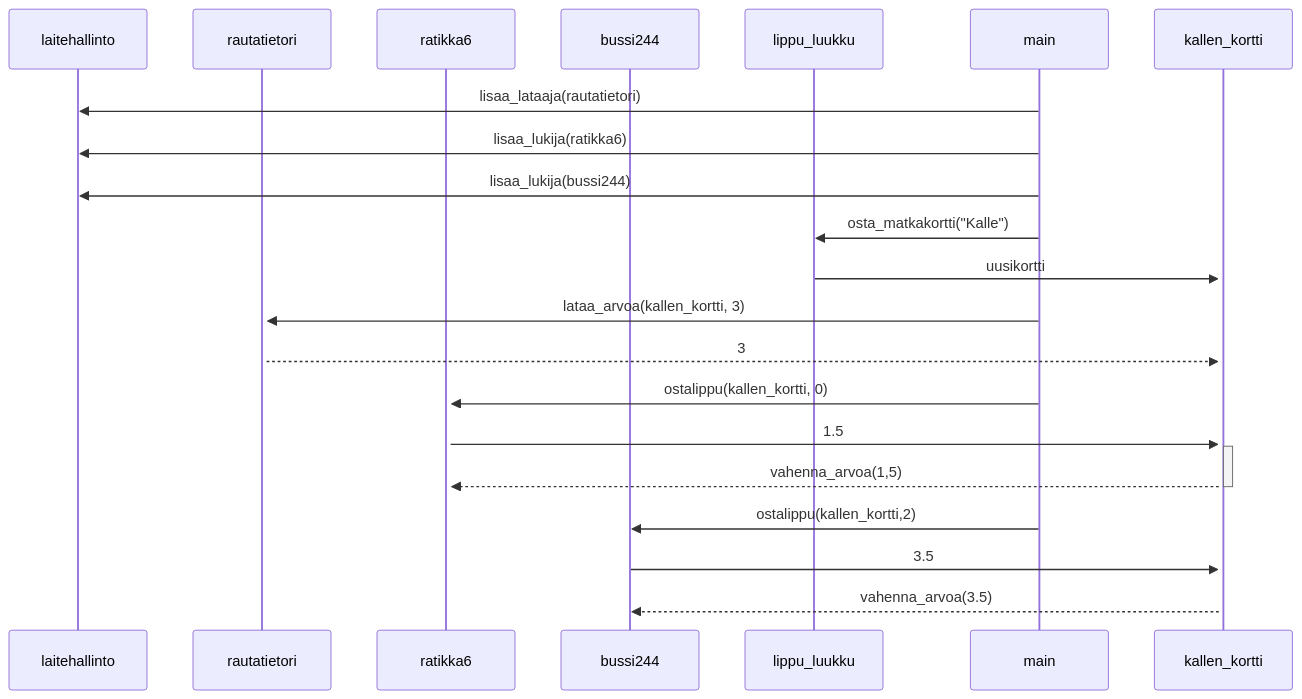
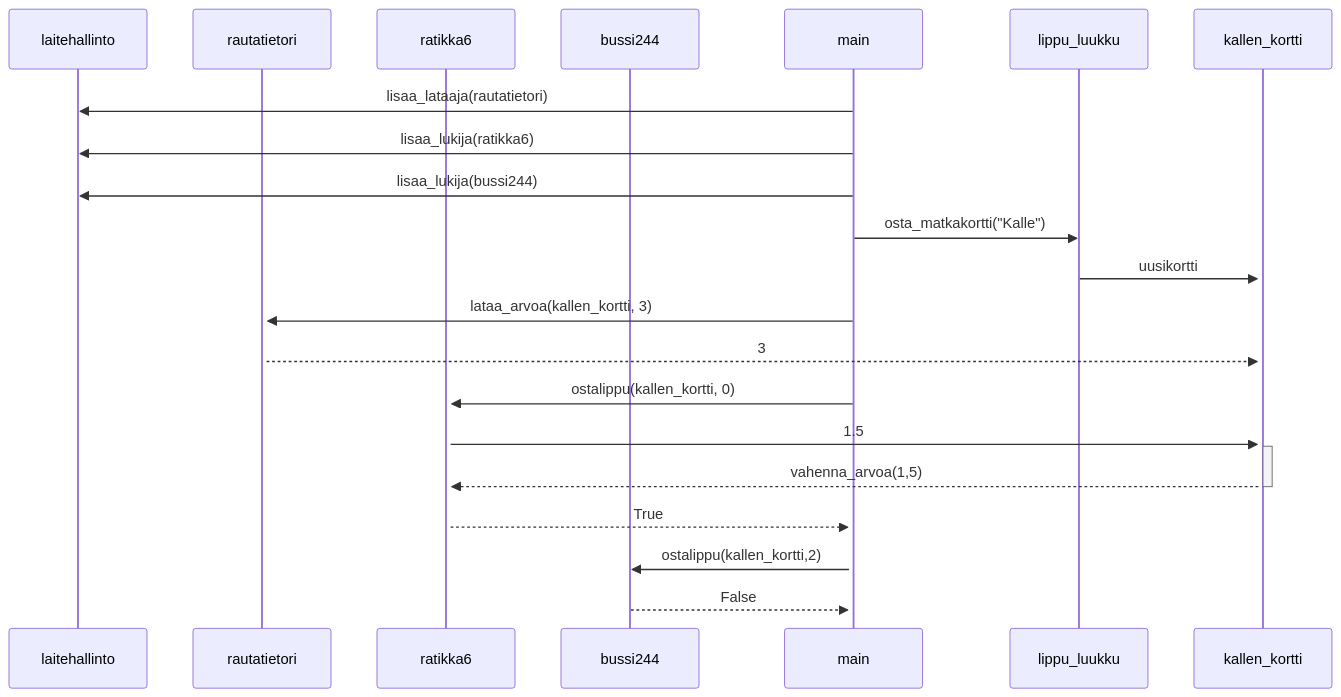
Before and after one commit to anjovir/ot-harjoitustyo: the diagram in laskarit/viikko3/hsl-matkakortti.md, drawn with Mermaid.

Commit message:
Made some modifications to exercise 2

````diff
--- a/laskarit/viikko3/hsl-matkakortti.md
+++ b/laskarit/viikko3/hsl-matkakortti.md
@@ -1,22 +1,24 @@
 ```mermaid
 sequenceDiagram
    participant L as laitehallinto
    participant R as rautatietori
    participant R6 as ratikka6
    participant B as bussi244
-   participant Li as lippu_luukku
+
    main->>L: lisaa_lataaja(rautatietori)
    main->>L: lisaa_lukija(ratikka6)
    main->>L: lisaa_lukija(bussi244)
+
+   participant Li as lippu_luukku
    main->>Li: osta_matkakortti("Kalle")
    Li->>+kallen_kortti: uusikortti
    main->>+R: lataa_arvoa(kallen_kortti, 3)
    R-->>kallen_kortti: 3
    main->>+R6: ostalippu(kallen_kortti, 0)
    R6->>+kallen_kortti: 1.5
    kallen_kortti-->>-R6: vahenna_arvoa(1,5)
+   R6 -->>+main: True
    main->>B: ostalippu(kallen_kortti,2)
-   B->>kallen_kortti: 3.5
-   kallen_kortti-->>B: vahenna_arvoa(3.5)
+   B -->>+main: False
 
 ```
````
